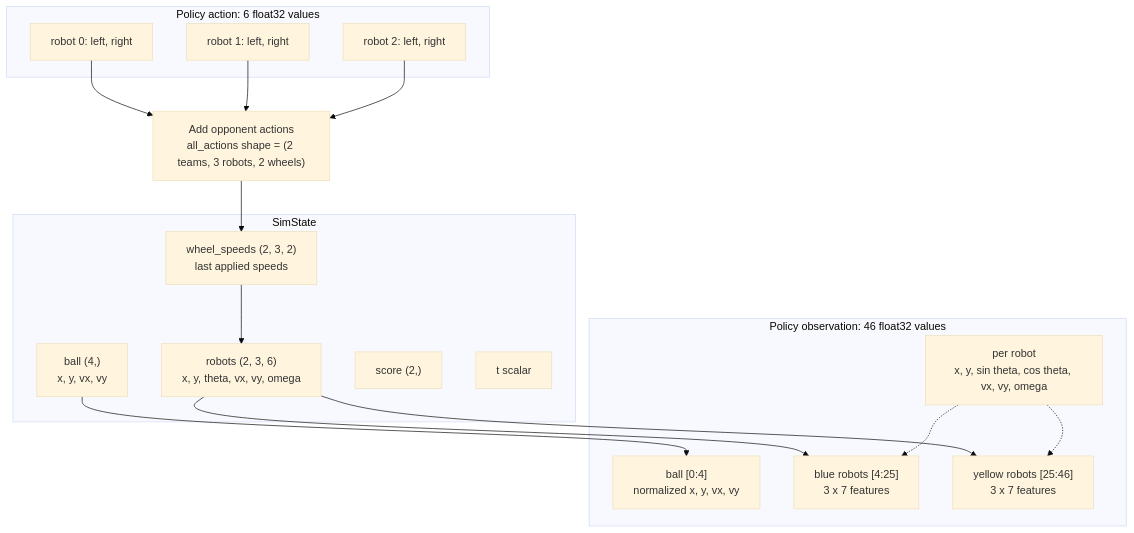
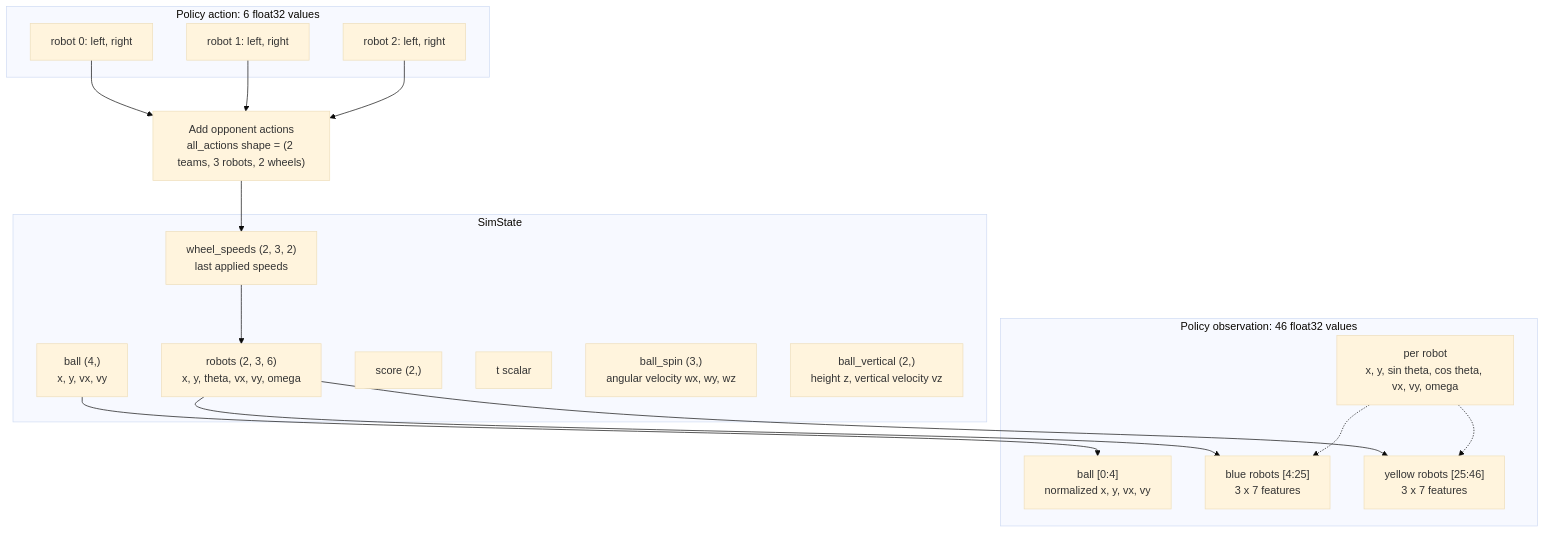
The fifth of 8 diagrams in STRUCTURE.md (canhotuctor/vsss-sim), drawn with Mermaid (base theme) before and after one commit. The commit also changed other lines of this file and 10 other files, not shown here.

Commit message:
feat: model ball spin, skidding, and wall pop-ups with sourced coefficients

````diff
--- a/STRUCTURE.md
+++ b/STRUCTURE.md
@@ -170,36 +171,38 @@
 ```mermaid
 flowchart TB
     subgraph input["Policy action: 6 float32 values"]
         a0["robot 0: left, right"]
         a1["robot 1: left, right"]
         a2["robot 2: left, right"]
     end
 
     stack["Add opponent actions<br/>all_actions shape = (2 teams, 3 robots, 2 wheels)"]
 
     subgraph simstate["SimState"]
         ball["ball (4,)<br/>x, y, vx, vy"]
         robots["robots (2, 3, 6)<br/>x, y, theta, vx, vy, omega"]
         wheels["wheel_speeds (2, 3, 2)<br/>last applied speeds"]
         score["score (2,)"]
         time["t scalar"]
+        spin["ball_spin (3,)<br/>angular velocity wx, wy, wz"]
+        vertical["ball_vertical (2,)<br/>height z, vertical velocity vz"]
     end
 
     subgraph observation["Policy observation: 46 float32 values"]
         oball["ball [0:4]<br/>normalized x, y, vx, vy"]
         oblue["blue robots [4:25]<br/>3 x 7 features"]
         oyellow["yellow robots [25:46]<br/>3 x 7 features"]
         features["per robot<br/>x, y, sin theta, cos theta, vx, vy, omega"]
     end
 
     a0 --> stack
     a1 --> stack
     a2 --> stack
     stack --> wheels
     wheels --> robots
     ball --> oball
     robots --> oblue
     robots --> oyellow
     features -.-> oblue
     features -.-> oyellow
 ```
````
